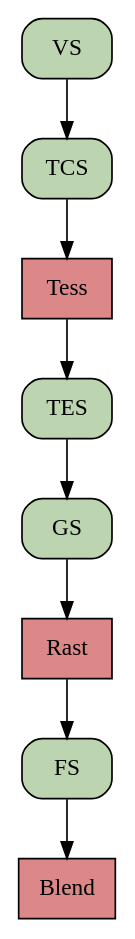
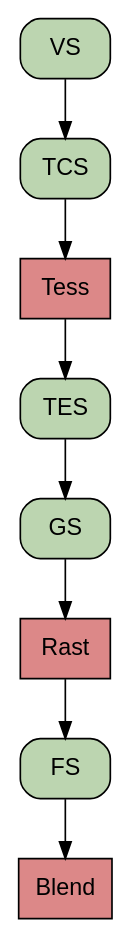
Before and after one commit to prideout/modern-opengl-prezo: the diagram in images/Pipeline3.dot, drawn with Graphviz. The commit also changed 6 other files, not shown here.

```diff
--- a/images/Pipeline3.dot
+++ b/images/Pipeline3.dot
@@ -1,39 +1,39 @@
 // dot -Tpdf -oPipeline3.pdf Pipeline3.dot
 // dot -Tsvg -oPipeline3.svg Pipeline3.dot
 
 digraph Pipeline3 {
 
   // bgcolor="#5F534C";
   // rankdir = LR;
 
   node [shape="box",
         style="rounded,filled",
         color="black",
-//      fontname="Corbel",
+        fontname="helvetica",
         fillcolor="#bcd5b0",
         fontcolor="#000000"];
 
   VS;
   FS;
   GS;
   TCS;
   TES;
 
   node [shape="box",
         style="filled",
         fillcolor="#dc8888"];
 
   Rast;
   Blend;
   Tess;
 
   edge [color="#000000"]
 
   VS -> TCS;
   TCS -> Tess;
   Tess -> TES;
   TES -> GS;
   GS -> Rast;
   Rast -> FS;
   FS -> Blend;
 }
```
